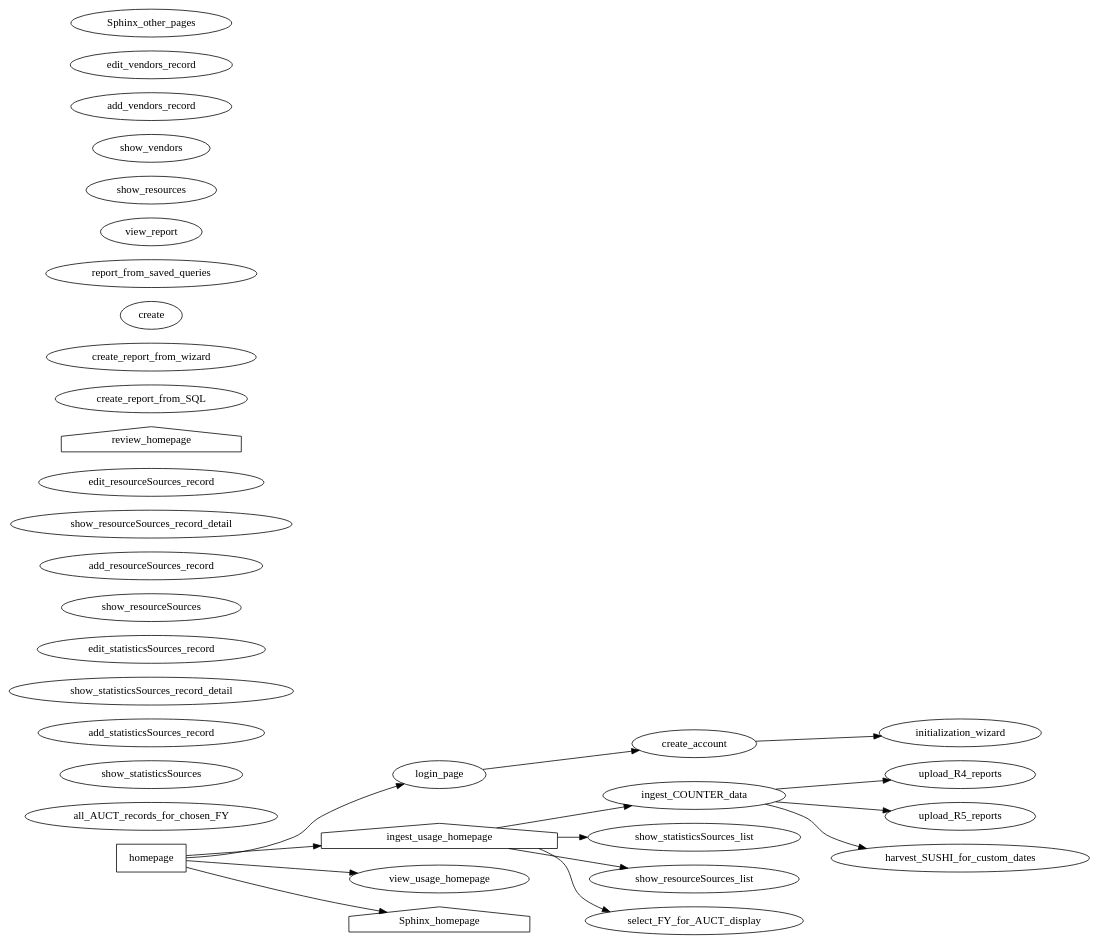
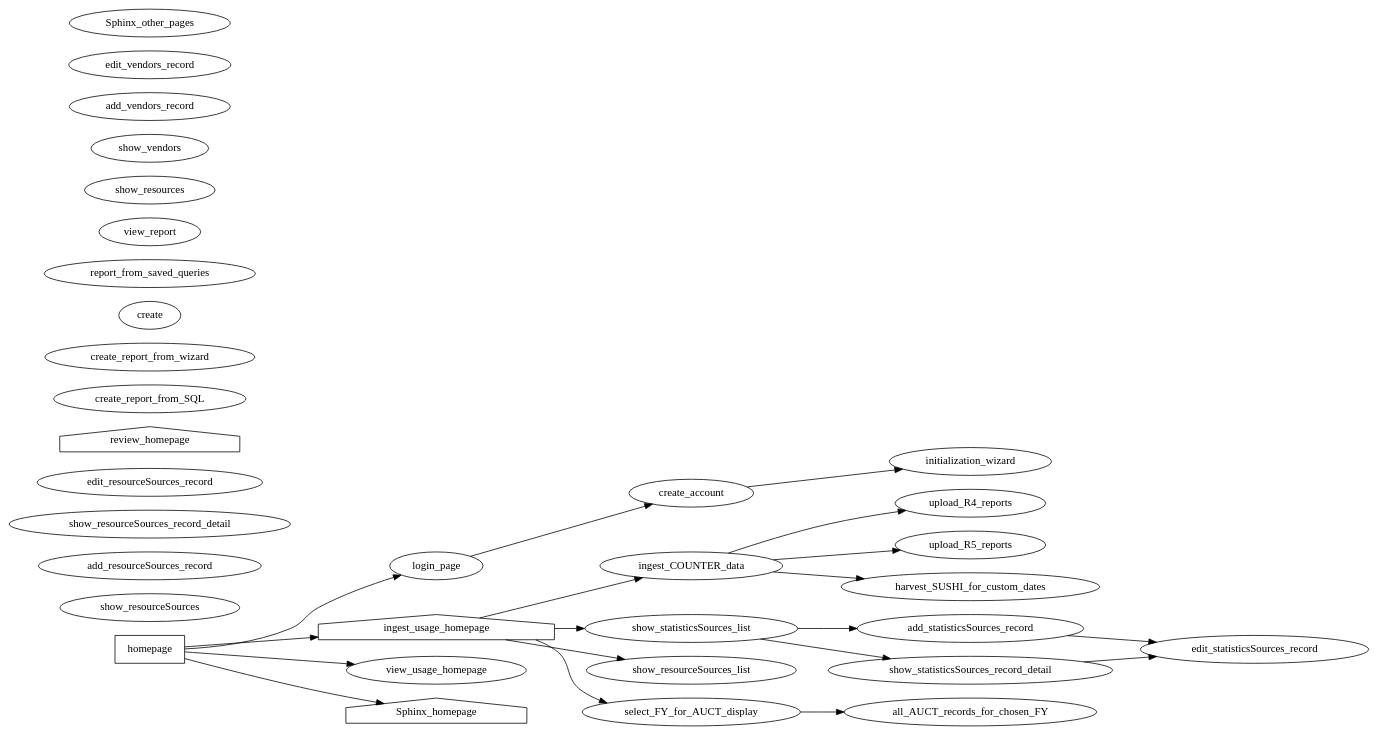
One commit to ereiskind/nolcat changed the diagram in docs/source/sitemap.dot. Above: the diagram before and after it, drawn with Graphviz.

Commit message:
Update statisticsSources pages

```diff
--- a/docs/source/sitemap.dot
+++ b/docs/source/sitemap.dot
@@ -1,107 +1,113 @@
 digraph nolcat_sitemap {
     /* *** NoLCAT SITEMAP *** */
     rankdir=LR
 
 
     /* *** Main NoLCAT Folder *** */
     homepage [shape="box"]
         homepage -> login_page
         homepage -> ingest_usage_homepage
         homepage -> view_usage_homepage
         homepage -> Sphinx_homepage
     login_page
         login_page -> create_account
     create_account
         create_account -> initialization_wizard // Page in `ingest` section; linkage because program will request data for database initialization upon creation of first account
     // And any other pages needed for authentication
 
 
     /* *** `ingest` Blueprint *** */
     ingest_usage_homepage [shape="house"]
         ingest_usage_homepage -> ingest_COUNTER_data
         ingest_usage_homepage -> show_statisticsSources_list
         ingest_usage_homepage -> show_resourceSources_list
         ingest_usage_homepage -> select_FY_for_AUCT_display
     
     // Pages for ingesting COUNTER data
     ingest_COUNTER_data
         ingest_COUNTER_data -> upload_R4_reports
         ingest_COUNTER_data -> upload_R5_reports
         ingest_COUNTER_data -> harvest_SUSHI_for_custom_dates
     upload_R4_reports
     upload_R5_reports
     harvest_SUSHI_for_custom_dates
     initialization_wizard
 
+    // Pages for viewing status of usage collection for a given FY
+    select_FY_for_AUCT_display
+        select_FY_for_AUCT_display -> all_AUCT_records_for_chosen_FY
+    all_AUCT_records_for_chosen_FY
+
 
     /* *** `view` Blueprint *** */
     //
+
+
+    /* *** View Records from a Relation *** */
+    // Not sure if this should go in `ingest`, `view`, or a new `records` blueprint
+    show_statisticsSources_list
+        show_statisticsSources_list -> add_statisticsSources_record
+        show_statisticsSources_list -> show_statisticsSources_record_detail
+    add_statisticsSources_record
+        add_statisticsSources_record -> edit_statisticsSources_record // To provide info for the new record
+    show_statisticsSources_record_detail
+        show_statisticsSources_record_detail -> edit_statisticsSources_record
+    edit_statisticsSources_record // Includes adding or editing notes
 
 
     /* *** Collecting Usage Statistics *** */
     // Pages for collecting usage statistics
     
 
-    // Pages for organizing usage statistics collection
-    select_FY_for_AUCT_display
-        //select_FY_for_AUCT_display -> all_AUCT_records_for_chosen_FY
-    all_AUCT_records_for_chosen_FY
     
-    show_statisticsSources
-        //show_statisticsSources -> add_statisticsSources_record
-        //show_statisticsSources -> show_statisticsSources_record_detail
-    add_statisticsSources_record
-    show_statisticsSources_record_detail
-        //show_statisticsSources_record_detail -> edit_statisticsSources_record
-    edit_statisticsSources_record // Includes adding or editing notes
 
     show_resourceSources
         //show_resourceSources -> add_resourceSources_record
         //show_resourceSources -> show_resourceSources_record_detail
     add_resourceSources_record
     show_resourceSources_record_detail
         //show_resourceSources_record_detail -> edit_resourceSources_record
     edit_resourceSources_record // Includes adding or editing notes
 
 
     /* *** Reviewing Usage Statistics *** */
     // Pages for reviewing usage data
     review_homepage [shape="house"]
         //review_homepage -> create_report_from_SQL
         //review_homepage -> create_report_from_wizard
         //review_homepage -> create report_from_saved_queries
         //review_homepage -> show_resourceSources /* DUPLICATED BOX */
         //review_homepage -> show_resources
         //review_homepage -> show_vendors
     
     create_report_from_SQL // Runs a custom SQL statement against the database
     create_report_from_wizard // GUI options are used to write SQL behind the scenes
     create report_from_saved_queries // SQL statements that are either complete or only ask for one input for commonly asked questions
 
         //create_report_from_SQL -> view_report
         //create_report_from_wizard -> view_report
         //create_report_from_saved_queries -> view_report
     view_report
 
     show_resources // Meaning the items in the resources table
     
         //show_resourceSources -> add_resourceSources_record
     add_resourceSources_record
         //show_resourceSources_record_detail -> edit_resourceSources_record
     edit_resourceSources_record // Includes adding or editing notes
     /* A way to handle adding `statisticsSources` to these `resourcesSources` must be developed */
 
     show_vendors
         //show_vendors -> add_vendors_record
     add_vendors_record
         //show_vendors_record_detail -> edit_vendors_record
     edit_vendors_record // Includes adding or editing notes
 
 
     /* *** Program Documentation *** */
     // The Sphinx documentation for the web app
     Sphinx_homepage [shape="house"]
         //Sphinx_homepage -> Sphinx_other_pages
 
     Sphinx_other_pages // Use Sphinx itself for site organization
 }
```
